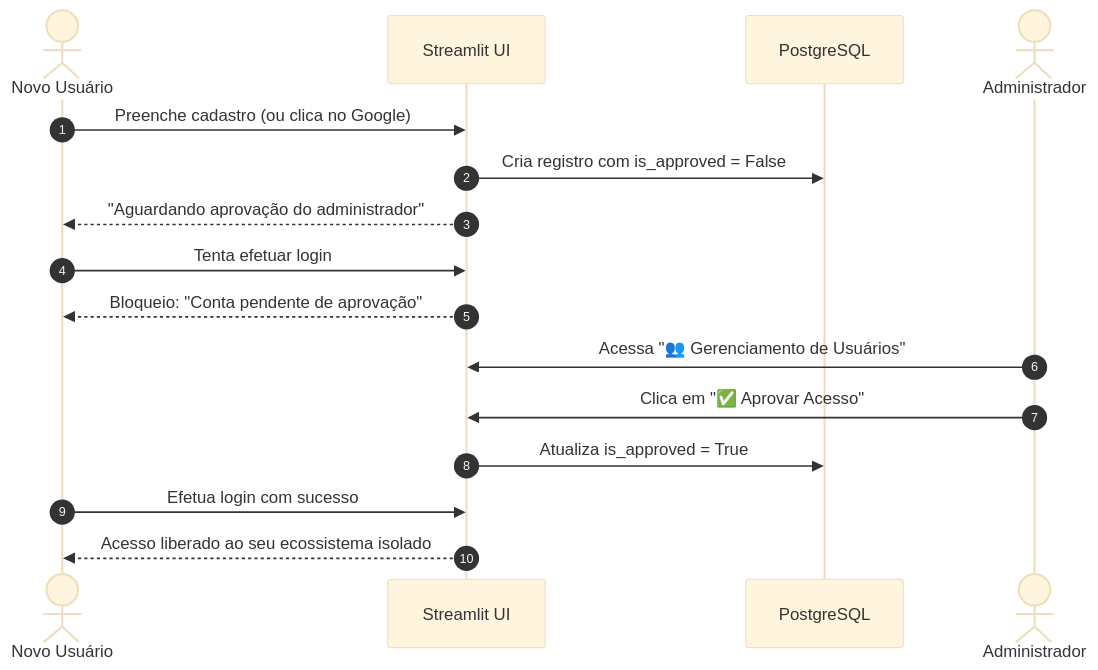
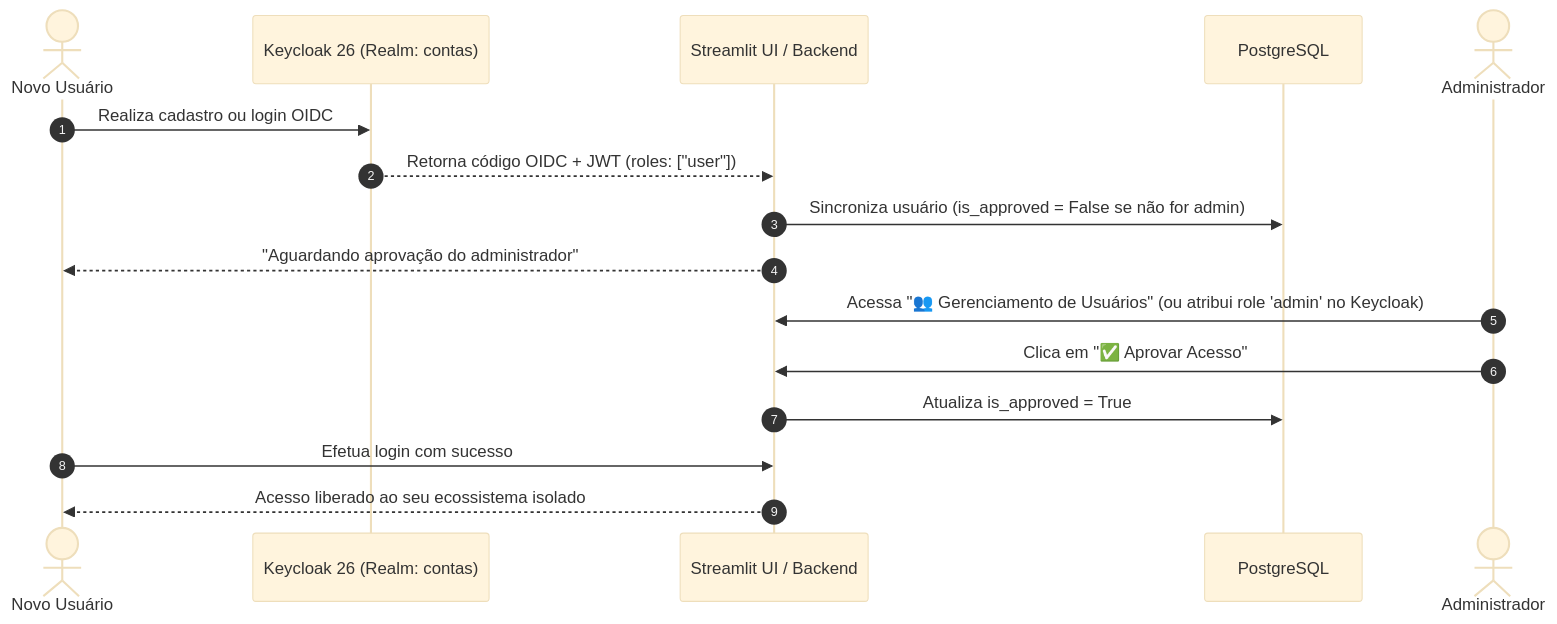
One commit to castrocristiano/contas changed the diagram in wiki/03-Autenticacao-e-Multi-Tenant.md. Above: the diagram before and after it, drawn with Mermaid (base theme). The commit also changed other lines of this file and 12 other files, not shown here.

````diff
--- a/wiki/03-Autenticacao-e-Multi-Tenant.md
+++ b/wiki/03-Autenticacao-e-Multi-Tenant.md
@@ -20,19 +31,19 @@
 ```mermaid
 sequenceDiagram
     autonumber
     actor NovoUser as Novo Usuário
-    participant UI as Streamlit UI
+    participant KC as Keycloak 26 (Realm: contas)
+    participant UI as Streamlit UI / Backend
     participant DB as PostgreSQL
     actor Admin as Administrador
 
-    NovoUser->>UI: Preenche cadastro (ou clica no Google)
-    UI->>DB: Cria registro com is_approved = False
+    NovoUser->>KC: Realiza cadastro ou login OIDC
+    KC-->>UI: Retorna código OIDC + JWT (roles: ["user"])
+    UI->>DB: Sincroniza usuário (is_approved = False se não for admin)
     UI-->>NovoUser: "Aguardando aprovação do administrador"
-    NovoUser->>UI: Tenta efetuar login
-    UI-->>NovoUser: Bloqueio: "Conta pendente de aprovação"
-    Admin->>UI: Acessa "👥 Gerenciamento de Usuários"
+    Admin->>UI: Acessa "👥 Gerenciamento de Usuários" (ou atribui role 'admin' no Keycloak)
     Admin->>UI: Clica em "✅ Aprovar Acesso"
     UI->>DB: Atualiza is_approved = True
     NovoUser->>UI: Efetua login com sucesso
     UI-->>NovoUser: Acesso liberado ao seu ecossistema isolado
 ```
````
